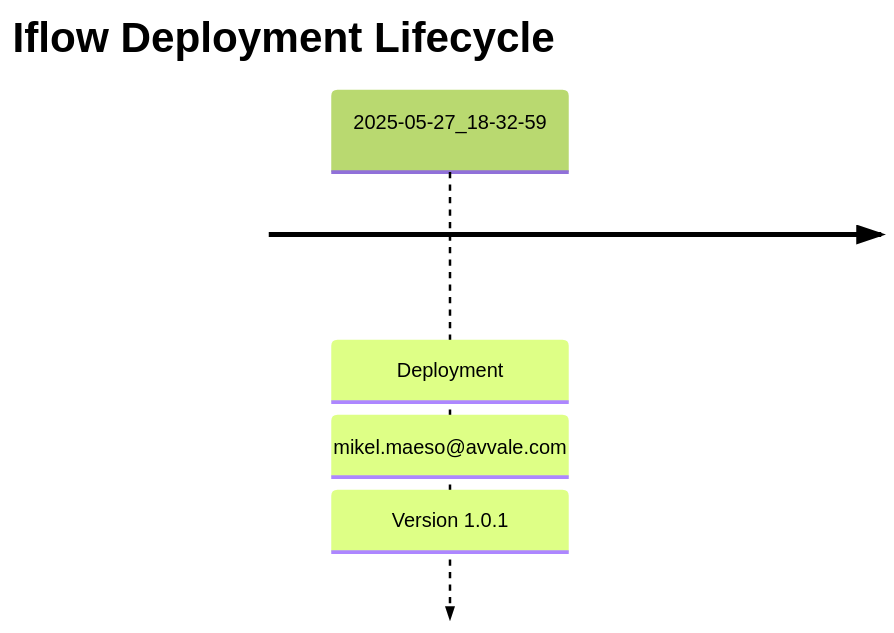
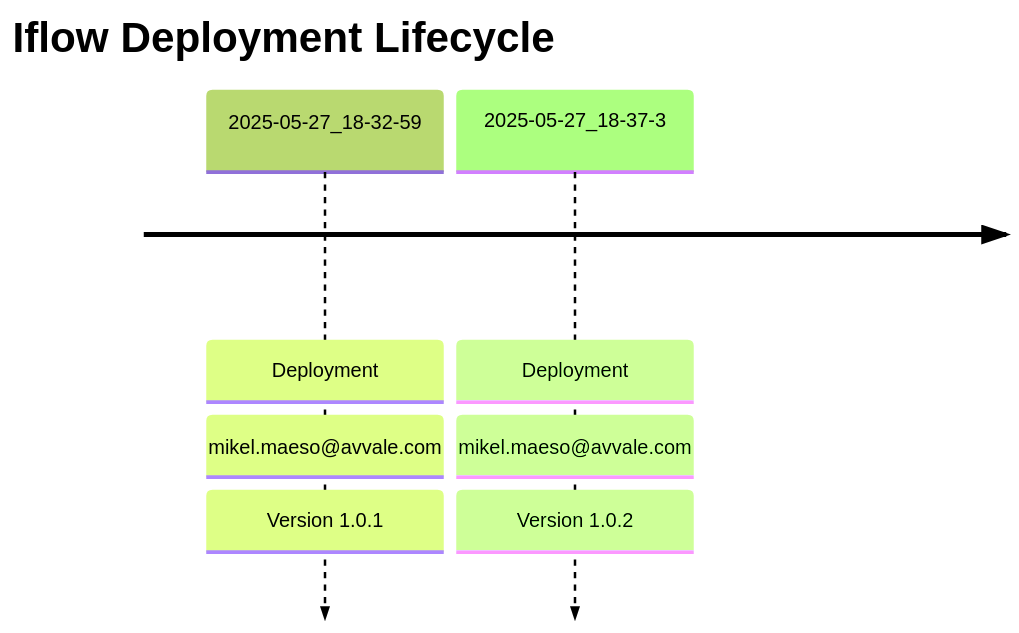
The diagram in REPSOL - Demo IA Docs/SEDA_Model_-_Single_DS_-_Restart_and_Discard_-_REPSOL/README.md (Avvale-IA-CICD/AvvaleCPI), drawn with Mermaid before and after one commit. The commit also changed other lines of this file, not shown here.

Commit message:
docs: Update master README for REPSOL - Demo IA Docs/SEDA_Model_-_Single_DS_-_Restart_and_Discard_-_REPSOL (v 1.0.2)

````diff
--- a/REPSOL - Demo IA Docs/SEDA_Model_-_Single_DS_-_Restart_and_Discard_-_REPSOL/README.md
+++ b/REPSOL - Demo IA Docs/SEDA_Model_-_Single_DS_-_Restart_and_Discard_-_REPSOL/README.md
@@ -7,6 +7,7 @@
 ```mermaid
 %%{init: { 'logLevel': 'debug', 'theme': 'forest' } }%%
 timeline
     title Iflow Deployment Lifecycle
     2025-05-27_18-32-59 : Deployment : mikel.maeso@avvale.com : Version 1.0.1
+    2025-05-27_18-37-3 : Deployment : mikel.maeso@avvale.com : Version 1.0.2
 ```
````
